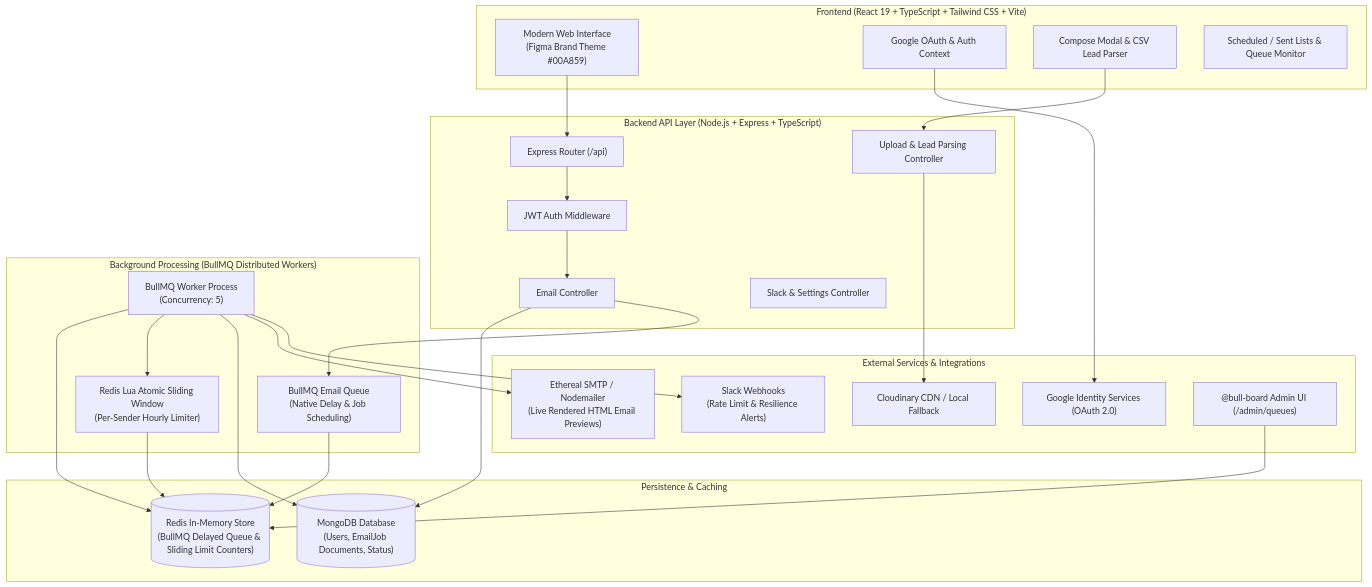
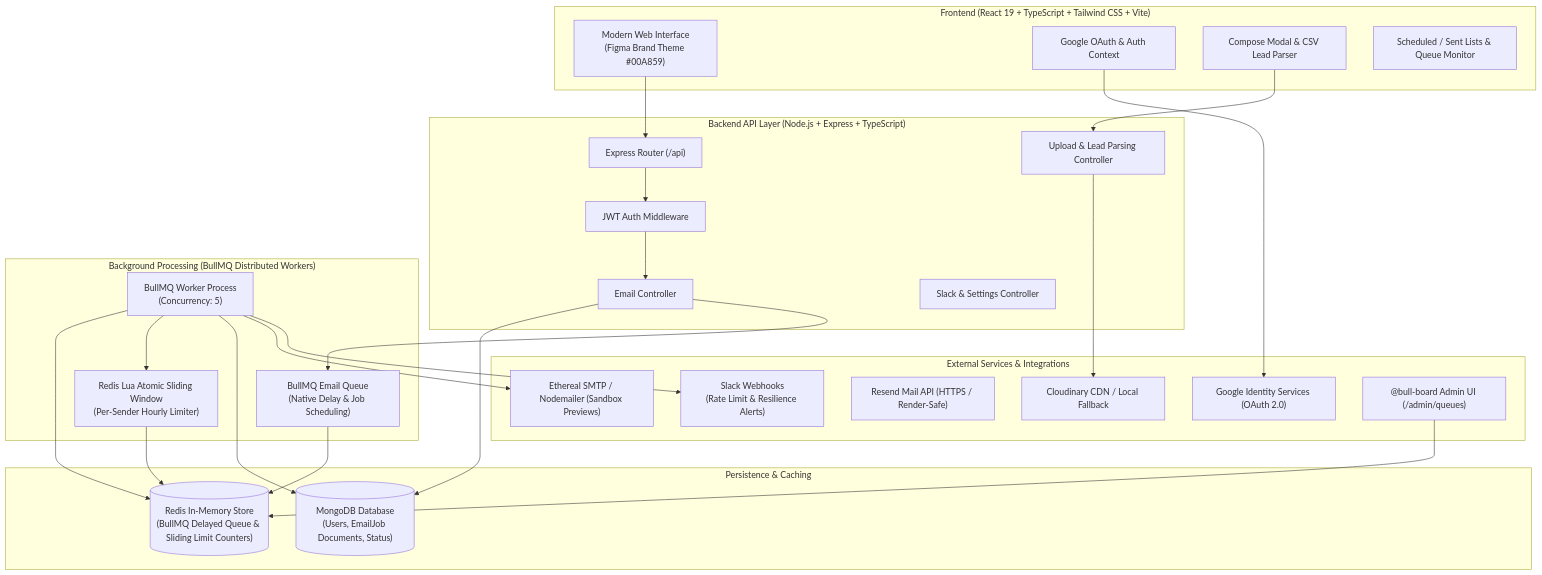
The first of 2 diagrams in README.md (raeesa2627/outbox_assessment), drawn with Mermaid before and after one commit. The commit also changed 5 other files, not shown here.

Commit message:
feat: integrate Resend Mail API for production Render cloud email delivery

````diff
--- a/README.md
+++ b/README.md
@@ -14,58 +14,60 @@
 ```mermaid
 flowchart TB
     subgraph Client["Frontend (React 19 + TypeScript + Tailwind CSS + Vite)"]
         UI["Modern Web Interface\n(Figma Brand Theme #00A859)"]
         AuthCtx["Google OAuth & Auth Context"]
         ComposeView["Compose Modal & CSV Lead Parser"]
         DashView["Scheduled / Sent Lists & Queue Monitor"]
     end
 
     subgraph API["Backend API Layer (Node.js + Express + TypeScript)"]
         Router["Express Router (/api)"]
         AuthMiddleware["JWT Auth Middleware"]
         EmailCtrl["Email Controller"]
         UploadCtrl["Upload & Lead Parsing Controller"]
         SettingsCtrl["Slack & Settings Controller"]
     end
 
     subgraph Data["Persistence & Caching"]
         MongoDB[("MongoDB Database\n(Users, EmailJob Documents, Status)")]
         Redis[("Redis In-Memory Store\n(BullMQ Delayed Queue & Sliding Limit Counters)")]
     end
 
     subgraph QueueWorker["Background Processing (BullMQ Distributed Workers)"]
         EmailQueue["BullMQ Email Queue\n(Native Delay & Job Scheduling)"]
         EmailWorker["BullMQ Worker Process\n(Concurrency: 5)"]
         RateLimiter["Redis Lua Atomic Sliding Window\n(Per-Sender Hourly Limiter)"]
     end
 
     subgraph Integrations["External Services & Integrations"]
         GoogleAuth["Google Identity Services (OAuth 2.0)"]
         Cloudinary["Cloudinary CDN / Local Fallback"]
-        EtherealSMTP["Ethereal SMTP / Nodemailer\n(Live Rendered HTML Email Previews)"]
+        ResendAPI["Resend Mail API (HTTPS / Render-Safe)"]
+        EtherealSMTP["Ethereal SMTP / Nodemailer (Sandbox Previews)"]
         Slack["Slack Webhooks\n(Rate Limit & Resilience Alerts)"]
         BullBoard["@bull-board Admin UI (/admin/queues)"]
     end
+
 
     %% Client Interactions
     UI --> Router
     AuthCtx --> GoogleAuth
     ComposeView --> UploadCtrl
     UploadCtrl --> Cloudinary
 
     %% API Layer Interactions
     Router --> AuthMiddleware
     AuthMiddleware --> EmailCtrl
     EmailCtrl --> MongoDB
     EmailCtrl --> EmailQueue
 
     %% Queue & Worker Interactions
     EmailQueue --> Redis
     EmailWorker --> Redis
     EmailWorker --> RateLimiter
     RateLimiter --> Redis
     EmailWorker --> MongoDB
     EmailWorker --> EtherealSMTP
     EmailWorker --> Slack
     BullBoard --> Redis
 ```
````
